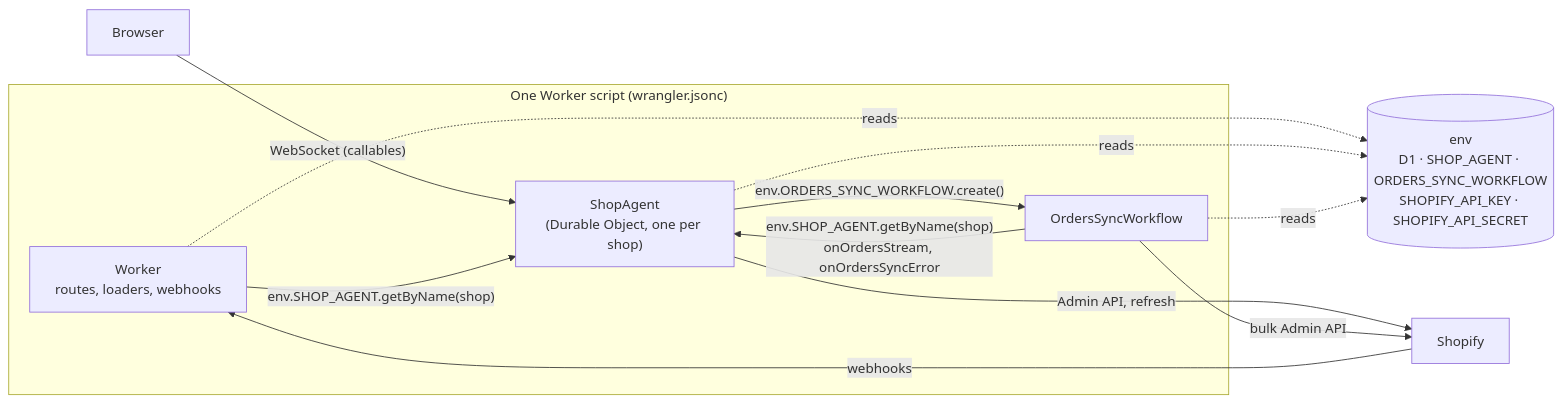
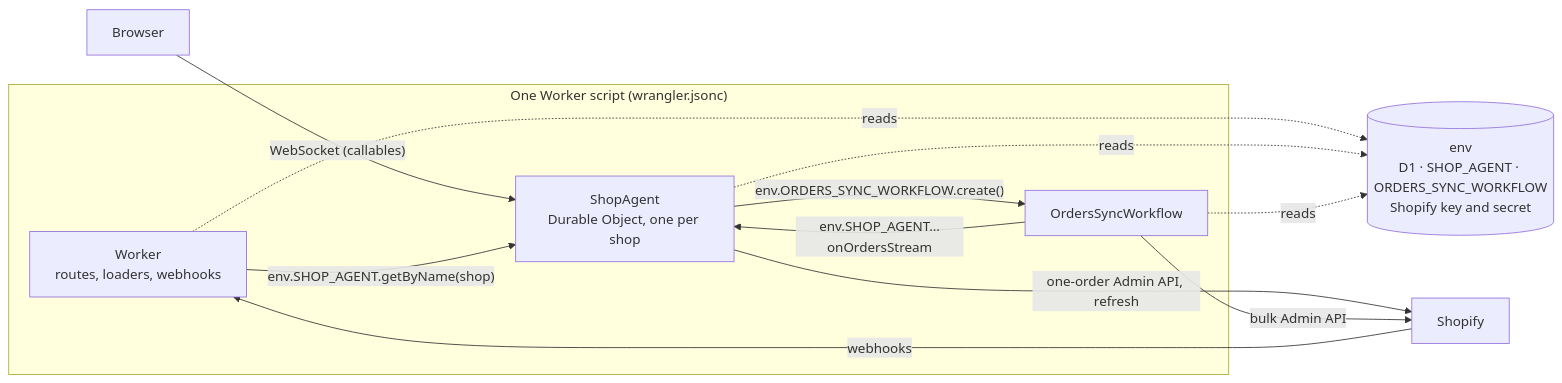
One commit to mw10013/alchemy-sandbox1 changed the first of 6 diagrams in docs/actor-workflow-wiring-research.md. Above: the diagram before and after it, drawn with Mermaid. The commit also changed other lines of this file, not shown here.

Commit message:
Rewrite the actor and Workflow wiring research from Alchemy's model

````diff
--- a/docs/actor-workflow-wiring-research.md
+++ b/docs/actor-workflow-wiring-research.md
@@ -26,19 +37,19 @@
 ```mermaid
 flowchart LR
   subgraph script["One Worker script (wrangler.jsonc)"]
     W["Worker<br/>routes, loaders, webhooks"]
-    A["ShopAgent<br/>(Durable Object, one per shop)"]
+    A["ShopAgent<br/>Durable Object, one per shop"]
     WF["OrdersSyncWorkflow"]
   end
-  ENV[("env<br/>D1 · SHOP_AGENT · ORDERS_SYNC_WORKFLOW<br/>SHOPIFY_API_KEY · SHOPIFY_API_SECRET")]
+  ENV[("env<br/>D1 · SHOP_AGENT · ORDERS_SYNC_WORKFLOW<br/>Shopify key and secret")]
   W -. reads .-> ENV
   A -. reads .-> ENV
   WF -. reads .-> ENV
   B["Browser"] -- "WebSocket (callables)" --> A
   SH["Shopify"] -- webhooks --> W
   W -- "env.SHOP_AGENT.getByName(shop)" --> A
   A -- "env.ORDERS_SYNC_WORKFLOW.create()" --> WF
-  WF -- "env.SHOP_AGENT.getByName(shop)<br/>onOrdersStream, onOrdersSyncError" --> A
-  A -- "Admin API, refresh" --> SH
+  WF -- "env.SHOP_AGENT…onOrdersStream" --> A
+  A -- "one-order Admin API, refresh" --> SH
   WF -- "bulk Admin API" --> SH
 ```
````
